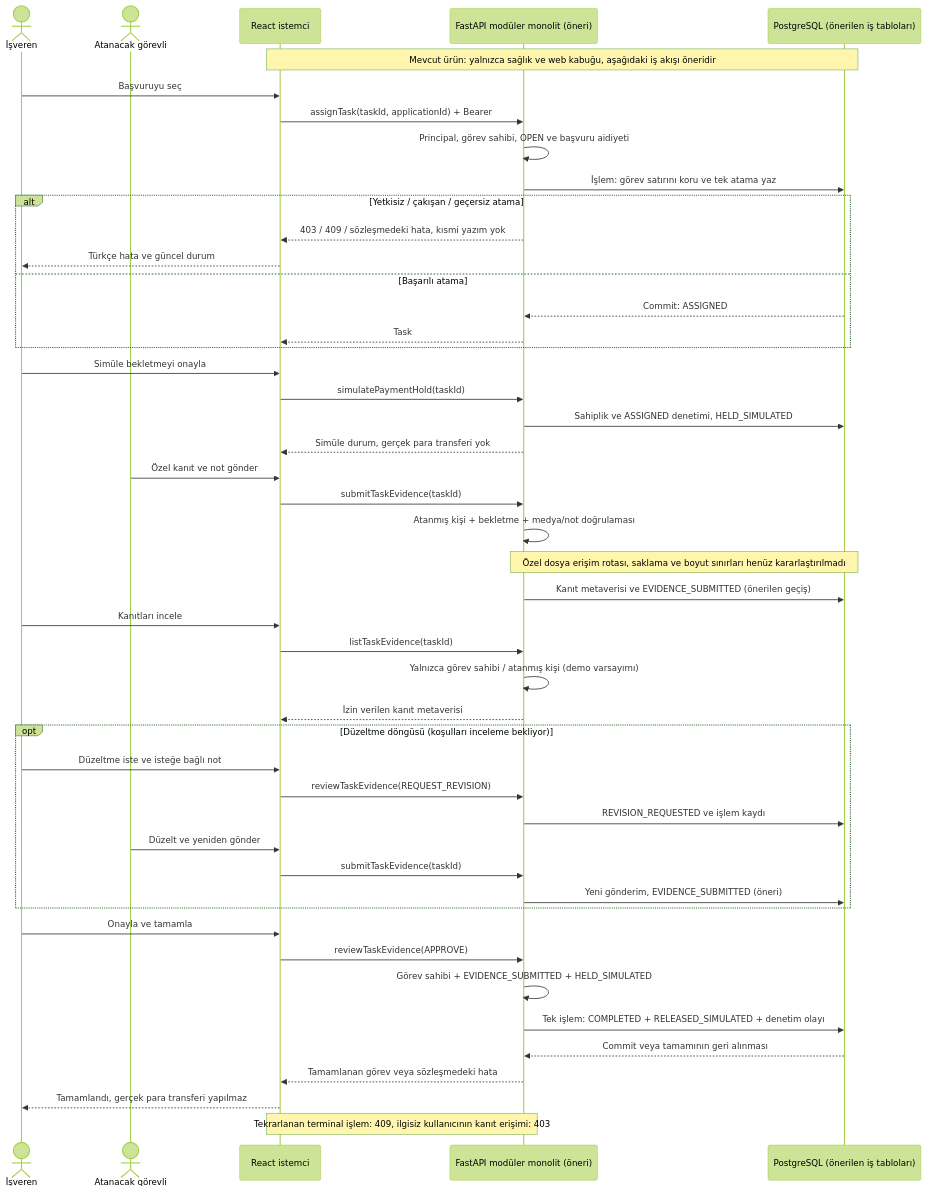
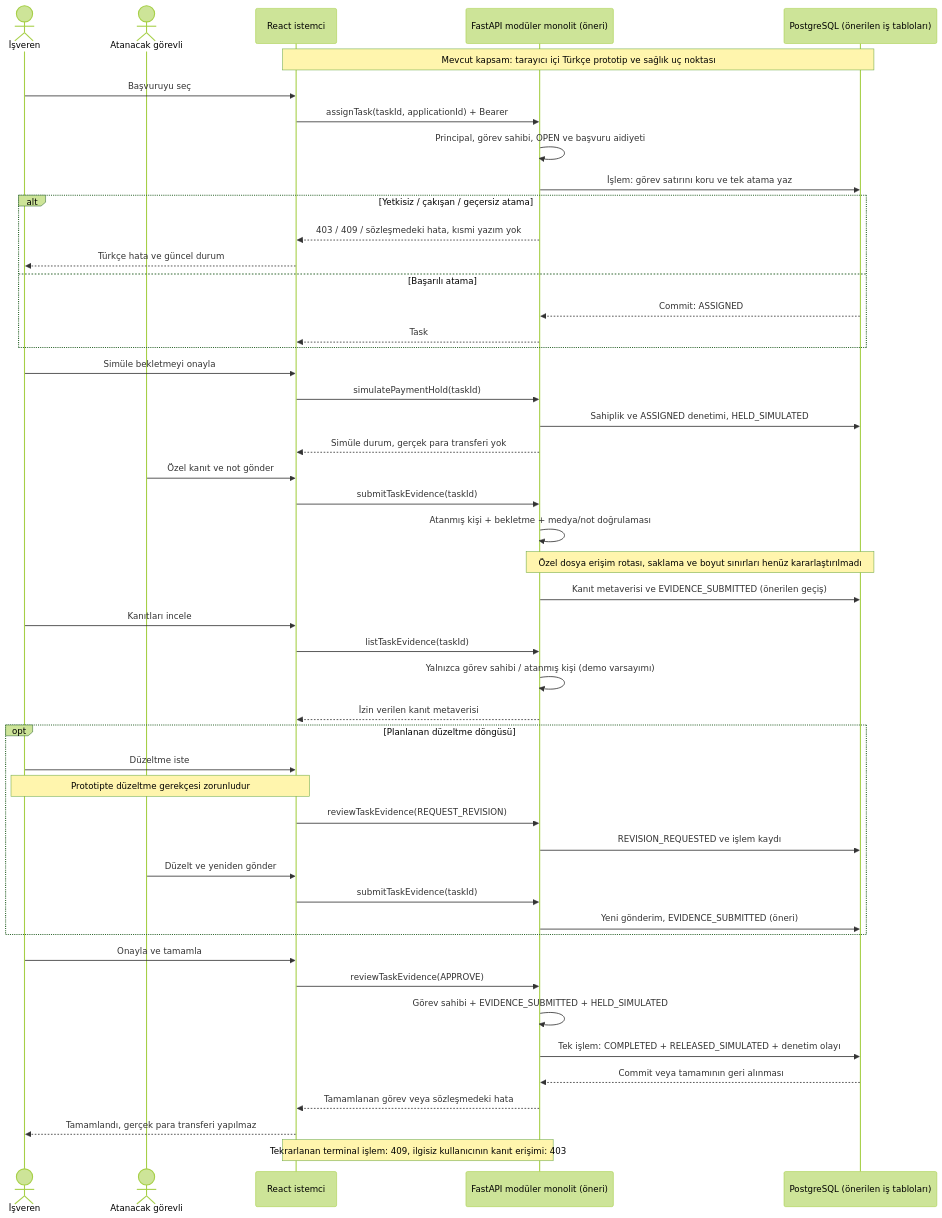
One commit to ozgurfuruncu/SENG-CuckooApp changed the diagram in docs/diagrams/sprint-2/assignment-sequence.md. Above: the diagram before and after it, drawn with Mermaid (forest theme). The commit also changed other lines of this file and 15 other files, not shown here.

Commit message:
Clarify Sprint 2 architecture and verification evidence (refs #20, #27)

````diff
--- a/docs/diagrams/sprint-2/assignment-sequence.md
+++ b/docs/diagrams/sprint-2/assignment-sequence.md
@@ -8,49 +8,50 @@
 ```mermaid
 sequenceDiagram
     actor I as İşveren
     actor G as Atanacak görevli
     participant W as React istemci
     participant A as FastAPI modüler monolit (öneri)
     participant D as PostgreSQL (önerilen iş tabloları)
-    Note over W,D: Mevcut ürün: yalnızca sağlık ve web kabuğu, aşağıdaki iş akışı öneridir
+    Note over W,D: Mevcut kapsam: tarayıcı içi Türkçe prototip ve sağlık uç noktası
     I->>W: Başvuruyu seç
     W->>A: assignTask(taskId, applicationId) + Bearer
     A->>A: Principal, görev sahibi, OPEN ve başvuru aidiyeti
     A->>D: İşlem: görev satırını koru ve tek atama yaz
     alt Yetkisiz / çakışan / geçersiz atama
         A-->>W: 403 / 409 / sözleşmedeki hata, kısmi yazım yok
         W-->>I: Türkçe hata ve güncel durum
     else Başarılı atama
         D-->>A: Commit: ASSIGNED
         A-->>W: Task
     end
     I->>W: Simüle bekletmeyi onayla
     W->>A: simulatePaymentHold(taskId)
     A->>D: Sahiplik ve ASSIGNED denetimi, HELD_SIMULATED
     A-->>W: Simüle durum, gerçek para transferi yok
     G->>W: Özel kanıt ve not gönder
     W->>A: submitTaskEvidence(taskId)
     A->>A: Atanmış kişi + bekletme + medya/not doğrulaması
     Note over A,D: Özel dosya erişim rotası, saklama ve boyut sınırları henüz kararlaştırılmadı
     A->>D: Kanıt metaverisi ve EVIDENCE_SUBMITTED (önerilen geçiş)
     I->>W: Kanıtları incele
     W->>A: listTaskEvidence(taskId)
     A->>A: Yalnızca görev sahibi / atanmış kişi (demo varsayımı)
     A-->>W: İzin verilen kanıt metaverisi
-    opt Düzeltme döngüsü (koşulları inceleme bekliyor)
-        I->>W: Düzeltme iste ve isteğe bağlı not
+    opt Planlanan düzeltme döngüsü
+        I->>W: Düzeltme iste
+        Note over I,W: Prototipte düzeltme gerekçesi zorunludur
         W->>A: reviewTaskEvidence(REQUEST_REVISION)
         A->>D: REVISION_REQUESTED ve işlem kaydı
         G->>W: Düzelt ve yeniden gönder
         W->>A: submitTaskEvidence(taskId)
         A->>D: Yeni gönderim, EVIDENCE_SUBMITTED (öneri)
     end
     I->>W: Onayla ve tamamla
     W->>A: reviewTaskEvidence(APPROVE)
     A->>A: Görev sahibi + EVIDENCE_SUBMITTED + HELD_SIMULATED
     A->>D: Tek işlem: COMPLETED + RELEASED_SIMULATED + denetim olayı
     D-->>A: Commit veya tamamının geri alınması
     A-->>W: Tamamlanan görev veya sözleşmedeki hata
     W-->>I: Tamamlandı, gerçek para transferi yapılmaz
     Note over W,A: Tekrarlanan terminal işlem: 409, ilgisiz kullanıcının kanıt erişimi: 403
 ```
````
